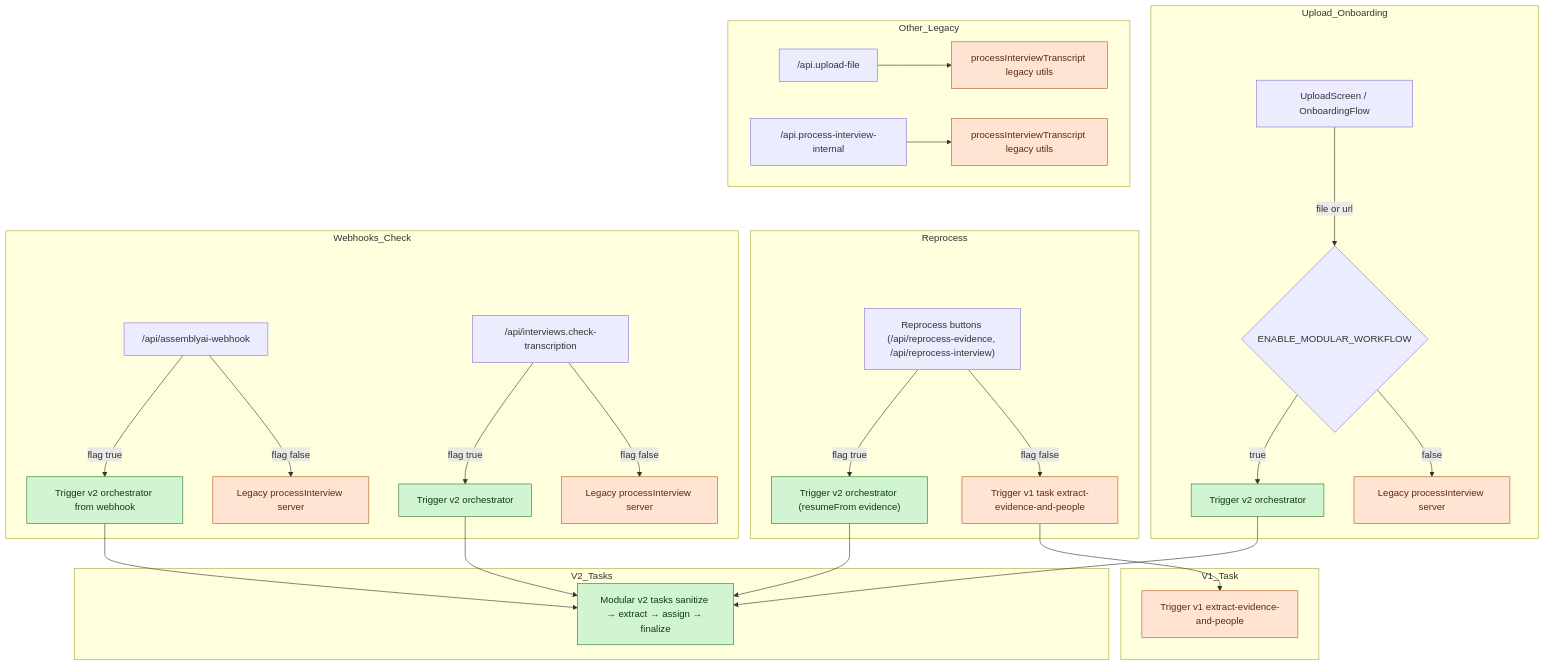
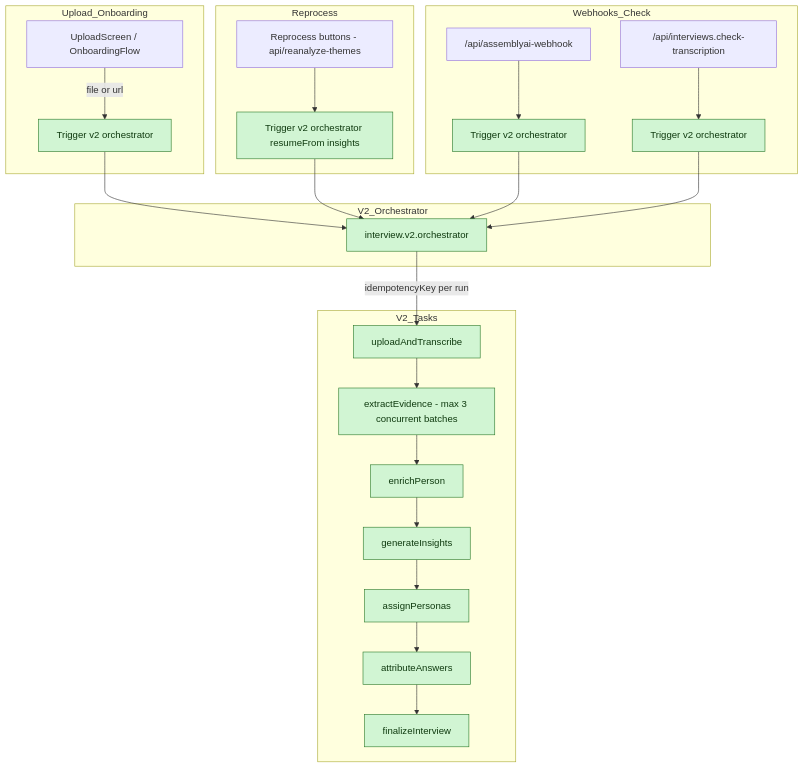
Before and after one commit to epic-hq/Insights: the first of 2 diagrams in docs/architecture/ingestpeoplefix.md, drawn with Mermaid. The commit also changed other lines of this file, not shown here.

Commit message:
docs: update ingestpeoplefix with progress and refactoring plan
- Updated diagram to reflect v2-only architecture (feature flag removed)
- Documented completed fixes (idempotency, concurrency, constraints)
- Added refactoring plan for extractEvidenceCore decomposition
- Updated confidence level to 80%

🤖 Generated with [Claude Code](https://claude.com/claude-code)

````diff
--- a/docs/architecture/ingestpeoplefix.md
+++ b/docs/architecture/ingestpeoplefix.md
@@ -8,51 +10,39 @@
 ```mermaid
 flowchart TD
   subgraph Upload_Onboarding
     upload["UploadScreen / OnboardingFlow"]
-    flag{ENABLE_MODULAR_WORKFLOW}
-    upload -->|"file or url"| flag
-    flag -->|true| v2_upload["Trigger v2 orchestrator"]
-    flag -->|false| legacy_upload["Legacy processInterview server"]
+    upload -->|"file or url"| v2_upload["Trigger v2 orchestrator"]
   end
 
   subgraph Reprocess
-    reprocess["Reprocess buttons (/api/reprocess-evidence, /api/reprocess-interview)"]
-    reprocess -->|"flag true"| v2_reprocess["Trigger v2 orchestrator (resumeFrom evidence)"]
-    reprocess -->|"flag false"| v1_reprocess["Trigger v1 task extract-evidence-and-people"]
+    reprocess["Reprocess buttons - api/reanalyze-themes"]
+    reprocess --> v2_reprocess["Trigger v2 orchestrator resumeFrom insights"]
   end
 
   subgraph Webhooks_Check
     webhook["/api/assemblyai-webhook"]
     check["/api/interviews.check-transcription"]
-    webhook -->|"flag true"| v2_webhook["Trigger v2 orchestrator from webhook"]
-    webhook -->|"flag false"| legacy_webhook["Legacy processInterview server"]
-    check -->|"flag true"| v2_check["Trigger v2 orchestrator"]
-    check -->|"flag false"| legacy_check["Legacy processInterview server"]
+    webhook --> v2_webhook["Trigger v2 orchestrator"]
+    check --> v2_check["Trigger v2 orchestrator"]
   end
 
-  subgraph Other_Legacy
-    upload_api["/api.upload-file"]
-    internal_api["/api.process-interview-internal"]
-    upload_api --> legacy_upload_util["processInterviewTranscript legacy utils"]
-    internal_api --> legacy_internal_util["processInterviewTranscript legacy utils"]
-  end
-
-  subgraph V1_Task
-    v1_task["Trigger v1 extract-evidence-and-people"]
-    v1_reprocess --> v1_task
+  subgraph V2_Orchestrator
+    v2_upload --> orch["interview.v2.orchestrator"]
+    v2_reprocess --> orch
+    v2_webhook --> orch
+    v2_check --> orch
   end
 
   subgraph V2_Tasks
-    v2_upload --> v2_tasks["Modular v2 tasks sanitize → extract → assign → finalize"]
-    v2_reprocess --> v2_tasks
-    v2_webhook --> v2_tasks
-    v2_check --> v2_tasks
+    orch -->|"idempotencyKey per run"| upload_task["uploadAndTranscribe"]
+    upload_task --> extract["extractEvidence - max 3 concurrent batches"]
+    extract --> enrich["enrichPerson"]
+    enrich --> insights["generateInsights"]
+    insights --> personas["assignPersonas"]
+    personas --> answers["attributeAnswers"]
+    answers --> finalize["finalizeInterview"]
   end
 
   classDef v2 fill:#d1f5d3,stroke:#2b7a2a,color:#0f3a0f;
-  classDef legacy fill:#ffe4d4,stroke:#b45a1b,color:#5a2b0f;
-  class v2_upload,v2_reprocess,v2_webhook,v2_check,v2_tasks v2;
-  class legacy_upload,legacy_webhook,legacy_check,legacy_upload_util,legacy_internal_util,v1_reprocess,v1_task legacy;
-
-  %% Note: Each node is on its own line; IDs avoid slashes; labels are in quotes.
+  class v2_upload,v2_reprocess,v2_webhook,v2_check,orch,upload_task,extract,enrich,insights,personas,answers,finalize v2;
 ```
````
